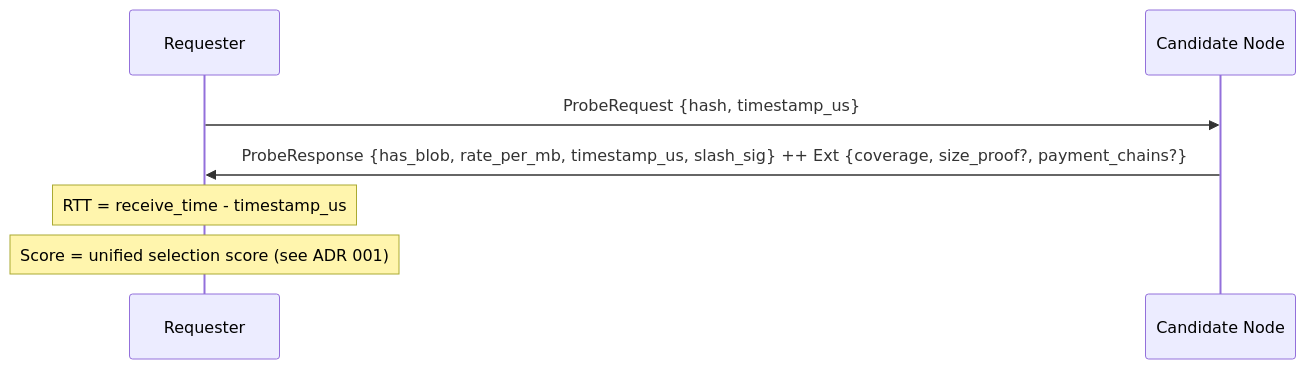
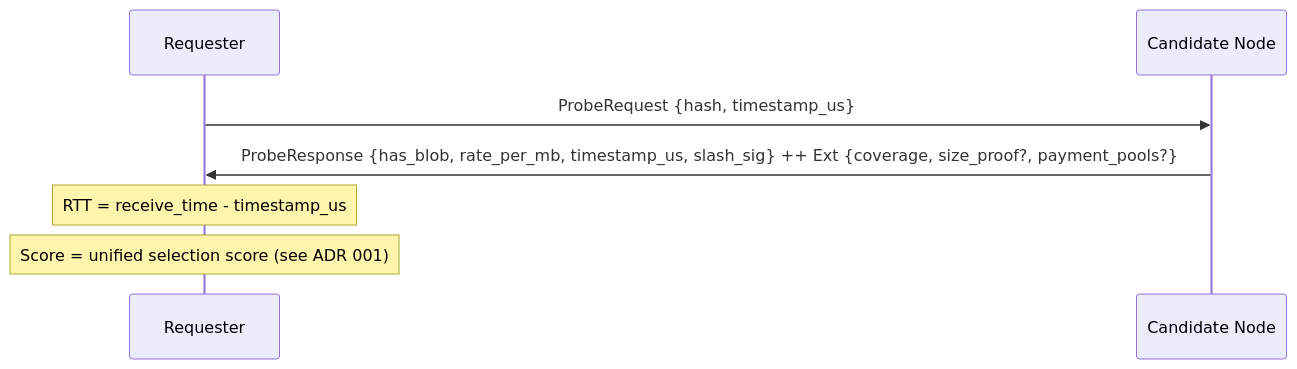
One commit to decdn/decdn changed the first of 3 diagrams in adr/005-protocol.md. Above: the diagram before and after it, drawn with Mermaid. The commit also changed other lines of this file and 29 other files, not shown here.

First line of the commit message:
feat(protocol)!: CAIP-10 payment pool on StreamRequest; payment_pools hints and pool refusal

````diff
--- a/adr/005-protocol.md
+++ b/adr/005-protocol.md
@@ -32,11 +32,11 @@
 ```mermaid
 sequenceDiagram
     participant R as Requester
     participant C as Candidate Node
 
     R->>C: ProbeRequest {hash, timestamp_us}
-    C->>R: ProbeResponse {has_blob, rate_per_mb, timestamp_us, slash_sig} ++ Ext {coverage, size_proof?, payment_chains?}
+    C->>R: ProbeResponse {has_blob, rate_per_mb, timestamp_us, slash_sig} ++ Ext {coverage, size_proof?, payment_pools?}
 
     Note over R: RTT = receive_time - timestamp_us
     Note over R: Score = unified selection score (see ADR 001)
 ```
````
